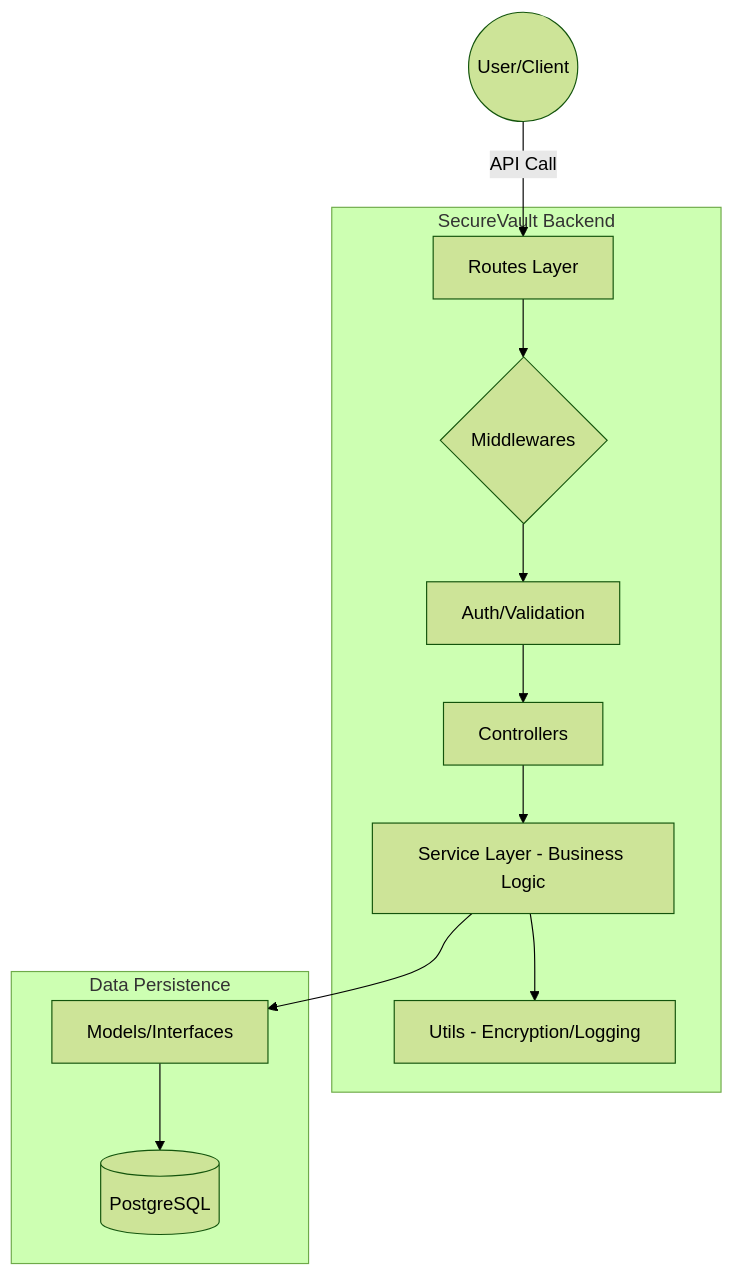
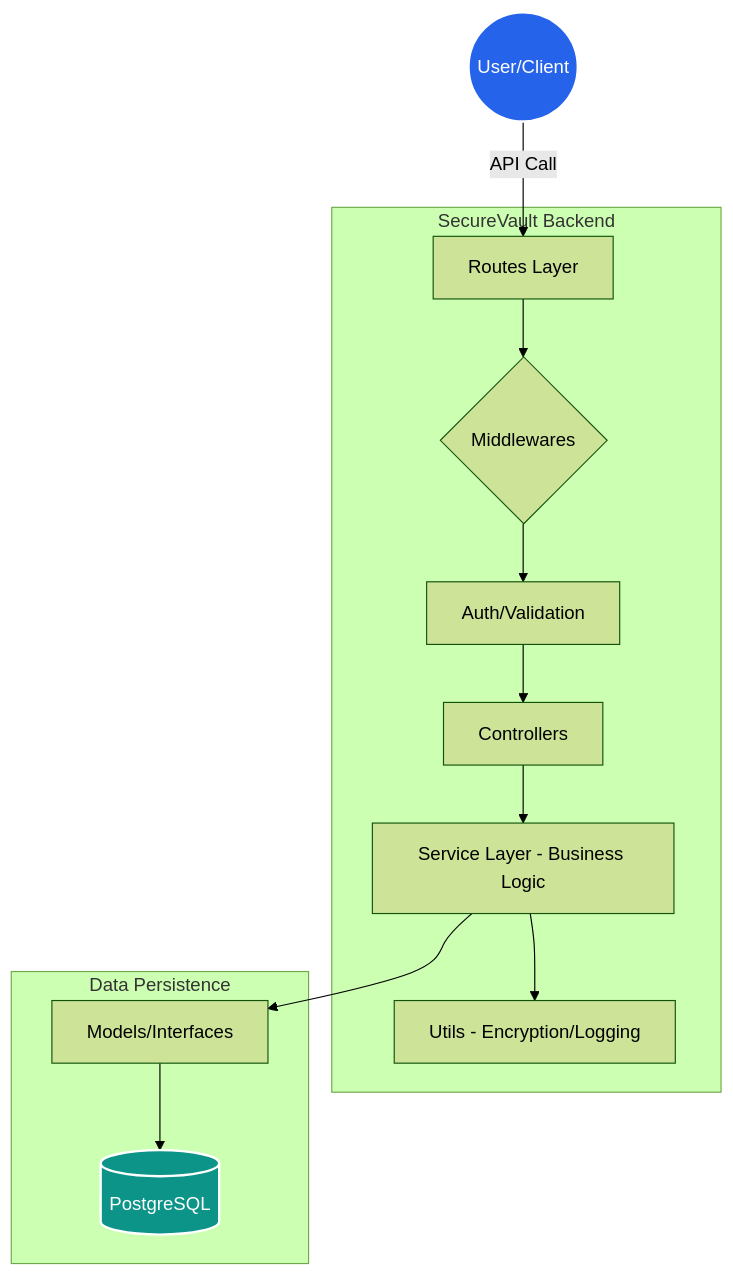
The diagram in README.md (pranitap123/securevault-backend), drawn with Mermaid (forest theme) before and after one commit.

Commit message:
docs: fix architecture diagram contrast and node colors

````diff
--- a/README.md
+++ b/README.md
@@ -15,21 +15,21 @@
 ```mermaid
 graph TD
     User((User/Client)) -->|API Call| Routes[Routes Layer]
 
     subgraph Express_App [SecureVault Backend]
         Routes --> Middlewares{Middlewares}
         Middlewares --> Auth[Auth/Validation]
         Auth --> Controllers[Controllers]
         Controllers --> Services[Service Layer - Business Logic]
         Services --> Utils[Utils - Encryption/Logging]
     end
 
     subgraph Data_Layer [Data Persistence]
         Services --> Models[Models/Interfaces]
         Models --> DB[(PostgreSQL)]
     end
 
-    %% Styling
-    classDef blueNode fill:#1e40af,stroke:#fff,stroke-width:2px,color:#fff;
-    classDef tealNode fill:#00758f,stroke:#fff,stroke-width:2px,color:#fff;
+    %% Apply Styles Directly
+    style User fill:#2563eb,stroke:#fff,stroke-width:2px,color:#fff
+    style DB fill:#0d9488,stroke:#fff,stroke-width:2px,color:#fff
 ```
````
